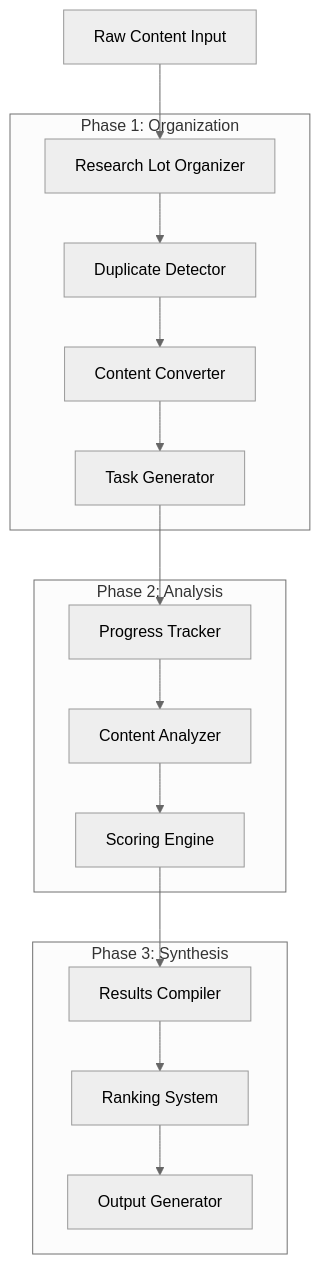
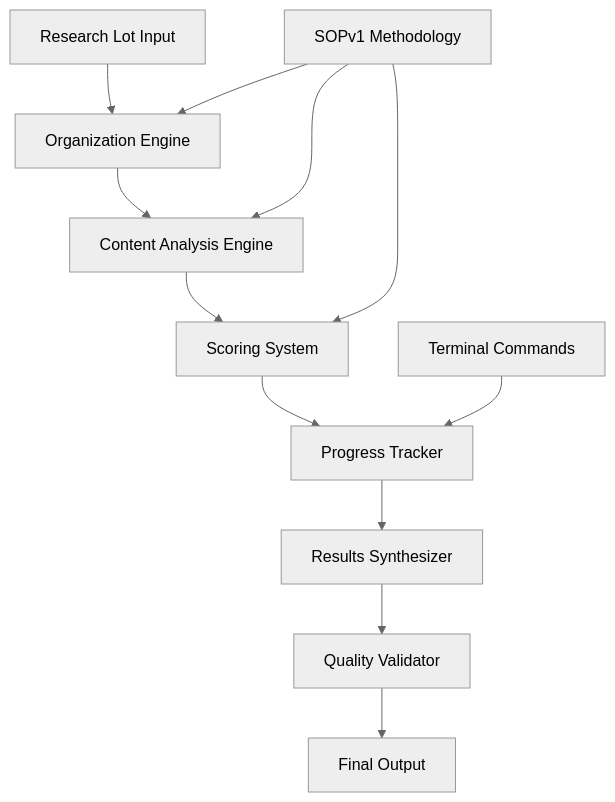
One commit to before-i-go/.github changed the diagram in .kiro/specs/rust-library-discovery-system/design.md. Above: the diagram before and after it, drawn with Mermaid (neutral theme). The commit also changed other lines of this file and 4 other files, not shown here.

````diff
--- a/.kiro/specs/rust-library-discovery-system/design.md
+++ b/.kiro/specs/rust-library-discovery-system/design.md
@@ -11,32 +13,15 @@
 ```mermaid
 graph TB
-    A[Raw Content Input] --> B[Research Lot Organizer]
-    B --> C[Duplicate Detector]
-    C --> D[Content Converter]
-    D --> E[Task Generator]
-    E --> F[Progress Tracker]
-    F --> G[Content Analyzer]
-    G --> H[Scoring Engine]
-    H --> I[Results Compiler]
-    I --> J[Ranking System]
-    J --> K[Output Generator]
+    A[Research Lot Input] --> B[Organization Engine]
+    B --> C[Content Analysis Engine]
+    C --> D[Scoring System]
+    D --> E[Progress Tracker]
+    E --> F[Results Synthesizer]
+    F --> G[Quality Validator]
+    G --> H[Final Output]
     
-    subgraph "Phase 1: Organization"
-        B
-        C
-        D
-        E
-    end
-    
-    subgraph "Phase 2: Analysis"
-        F
-        G
-        H
-    end
-    
-    subgraph "Phase 3: Synthesis"
-        I
-        J
-        K
-    end
+    I[Terminal Commands] --> E
+    J[SOPv1 Methodology] --> B
+    J --> C
+    J --> D
 ```
````
